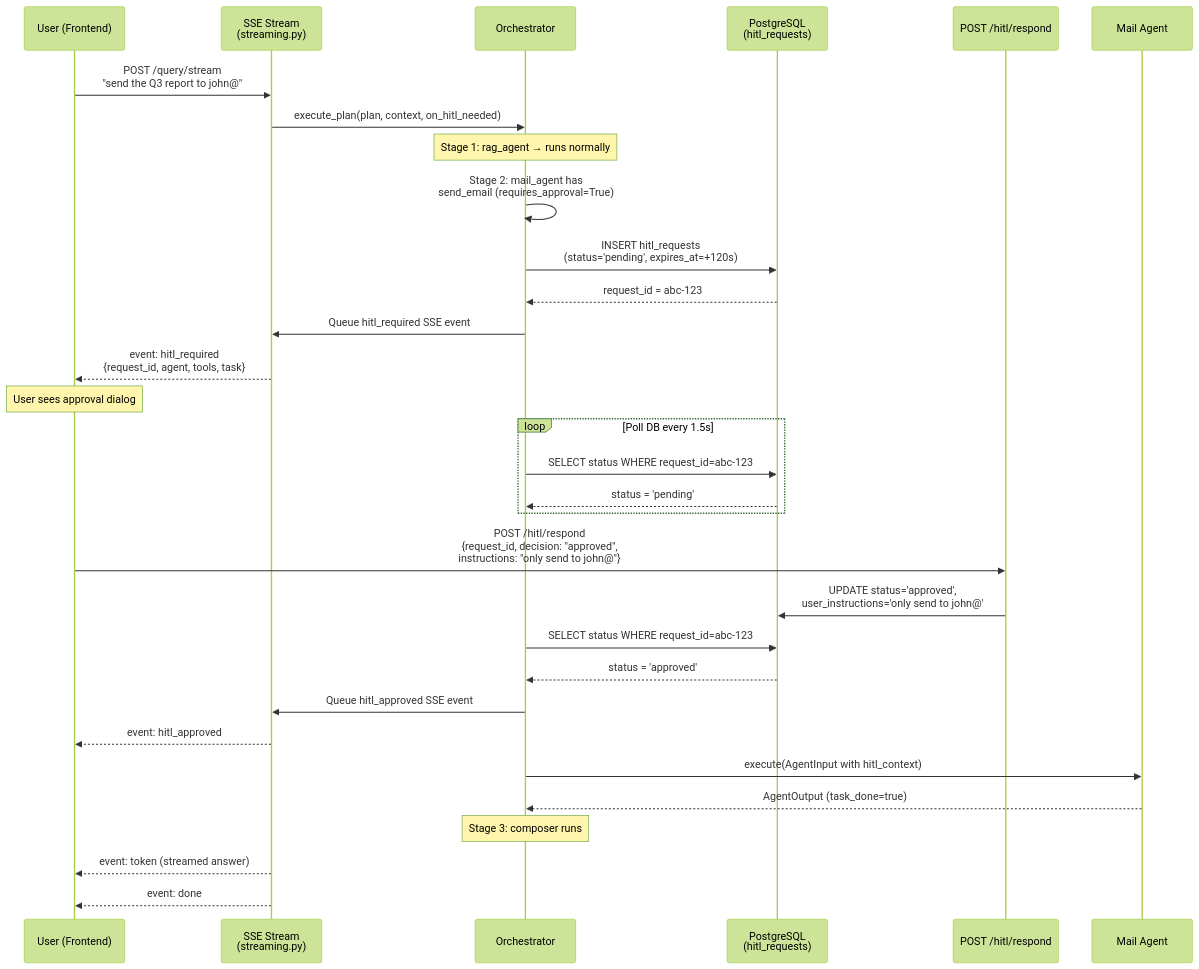
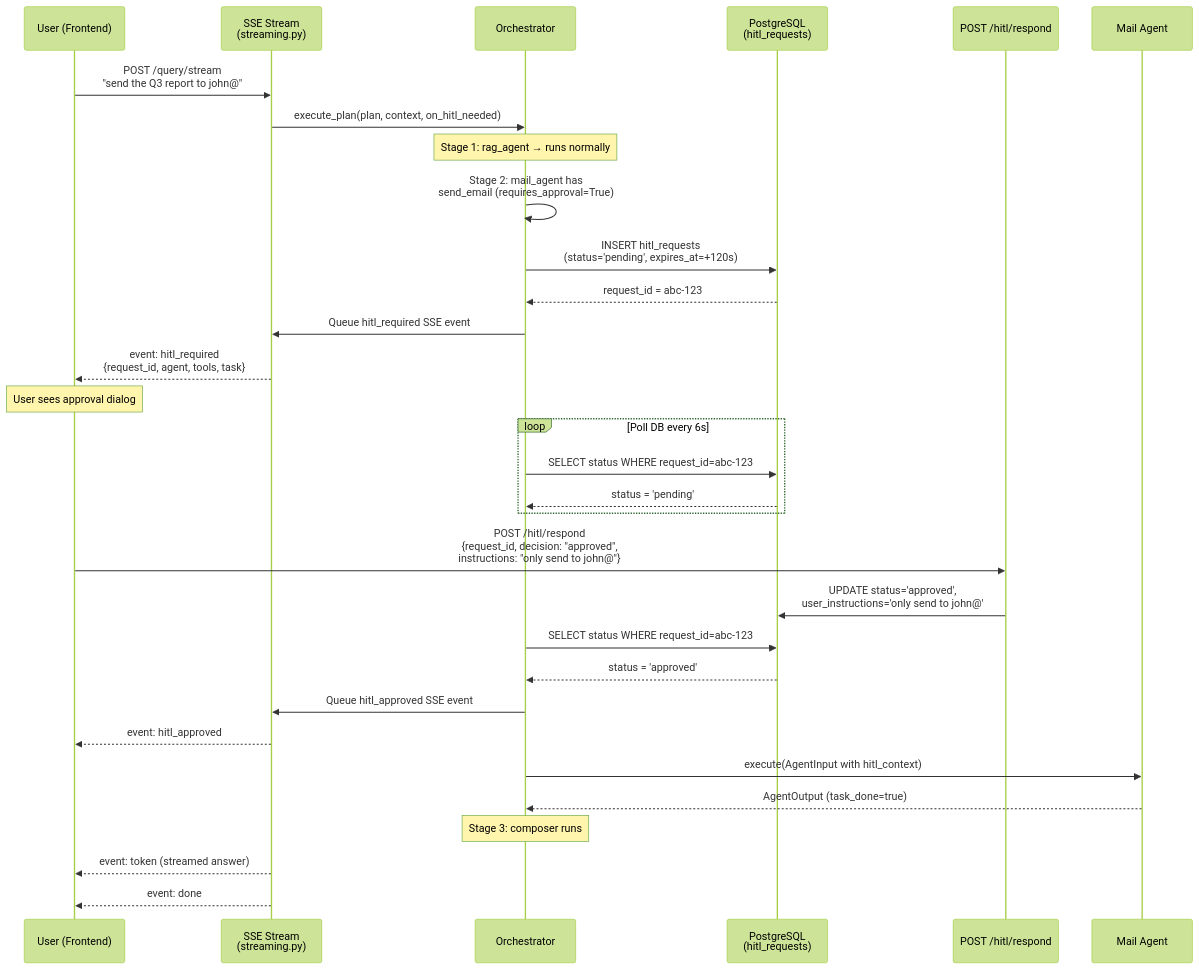
Diagram 27 of 32 in README.md (vinu0404/TopoSort-RAG), drawn with Mermaid (forest theme) before and after one commit. The commit also changed other lines of this file and 13 other files, not shown here.

````diff
--- a/README.md
+++ b/README.md
@@ -3262,45 +3554,45 @@
 ```mermaid
 sequenceDiagram
     participant User as User (Frontend)
     participant SSE as SSE Stream<br/>(streaming.py)
     participant Orch as Orchestrator
     participant DB as PostgreSQL<br/>(hitl_requests)
     participant HITL as POST /hitl/respond
     participant Agent as Mail Agent
 
     User->>SSE: POST /query/stream<br/>"send the Q3 report to john@"
     SSE->>Orch: execute_plan(plan, context, on_hitl_needed)
 
     Note over Orch: Stage 1: rag_agent → runs normally
 
     Orch->>Orch: Stage 2: mail_agent has<br/>send_email (requires_approval=True)
     Orch->>DB: INSERT hitl_requests<br/>(status='pending', expires_at=+120s)
     DB-->>Orch: request_id = abc-123
 
     Orch->>SSE: Queue hitl_required SSE event
     SSE-->>User: event: hitl_required<br/>{request_id, agent, tools, task}
 
     Note over User: User sees approval dialog
 
-    loop Poll DB every 1.5s
+    loop Poll DB every 6s
         Orch->>DB: SELECT status WHERE request_id=abc-123
         DB-->>Orch: status = 'pending'
     end
 
     User->>HITL: POST /hitl/respond<br/>{request_id, decision: "approved",<br/>instructions: "only send to john@"}
     HITL->>DB: UPDATE status='approved',<br/>user_instructions='only send to john@'
 
     Orch->>DB: SELECT status WHERE request_id=abc-123
     DB-->>Orch: status = 'approved'
 
     Orch->>SSE: Queue hitl_approved SSE event
     SSE-->>User: event: hitl_approved
 
     Orch->>Agent: execute(AgentInput with hitl_context)
     Agent-->>Orch: AgentOutput (task_done=true)
 
     Note over Orch: Stage 3: composer runs
 
     SSE-->>User: event: token (streamed answer)
     SSE-->>User: event: done
 ```
````
